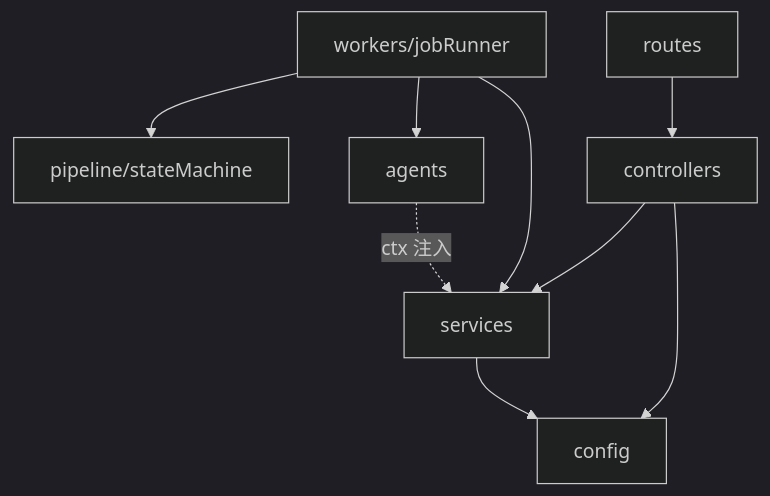
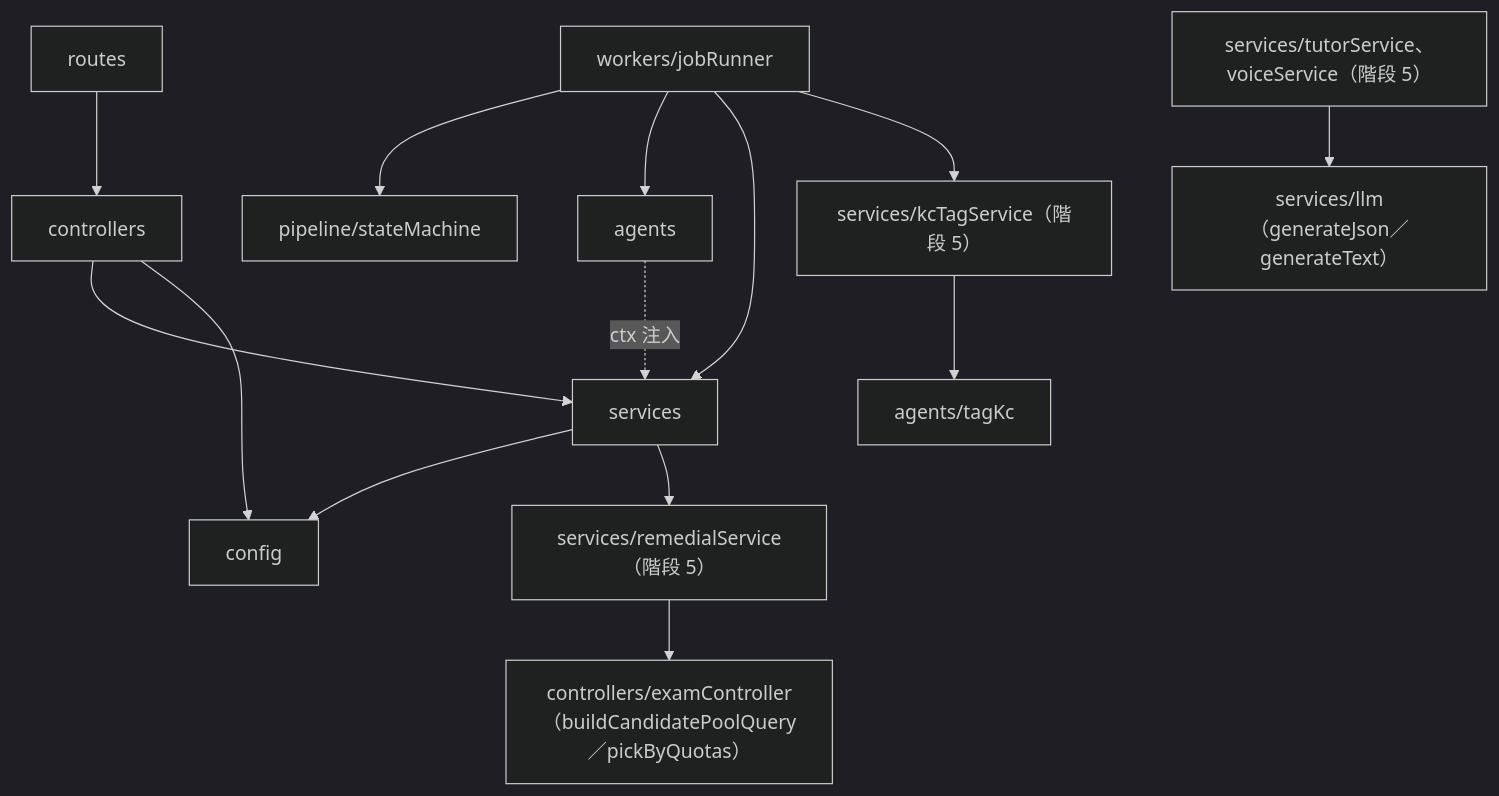
The first of 3 diagrams in engineering_docs/04_design/lld.md (Tom-Yang-Ben/tutor-exam-bank), drawn with Mermaid (dark theme) before and after one commit. The commit also changed other lines of this file and 26 other files, not shown here.

````diff
--- a/engineering_docs/04_design/lld.md
+++ b/engineering_docs/04_design/lld.md
@@ -55,10 +59,15 @@
 ```mermaid
 flowchart TD
     routes --> controllers --> services
     workers[workers/jobRunner] --> pipeline[pipeline/stateMachine]
     workers --> agents
     workers --> services
     services --> config
     controllers --> config
     agents -.ctx 注入.-> services
+    services --> remedial["services/remedialService（階段 5）"]
+    remedial --> exam["controllers/examController（buildCandidatePoolQuery／pickByQuotas）"]
+    tutor["services/tutorService、voiceService（階段 5）"] --> llm["services/llm（generateJson／generateText）"]
+    kctag["services/kcTagService（階段 5）"] --> tagKc["agents/tagKc"]
+    workers --> kctag
 ```
````
